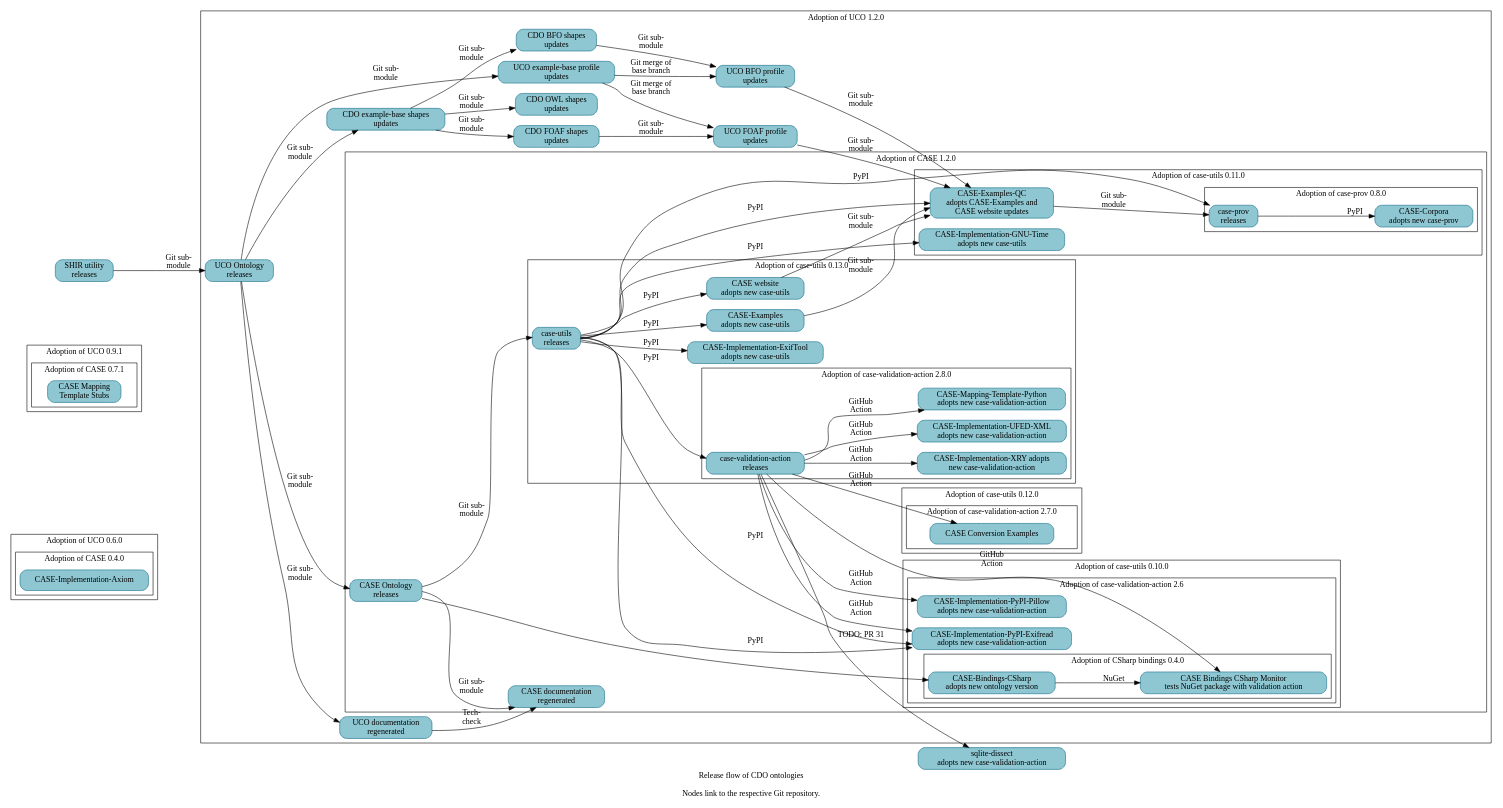
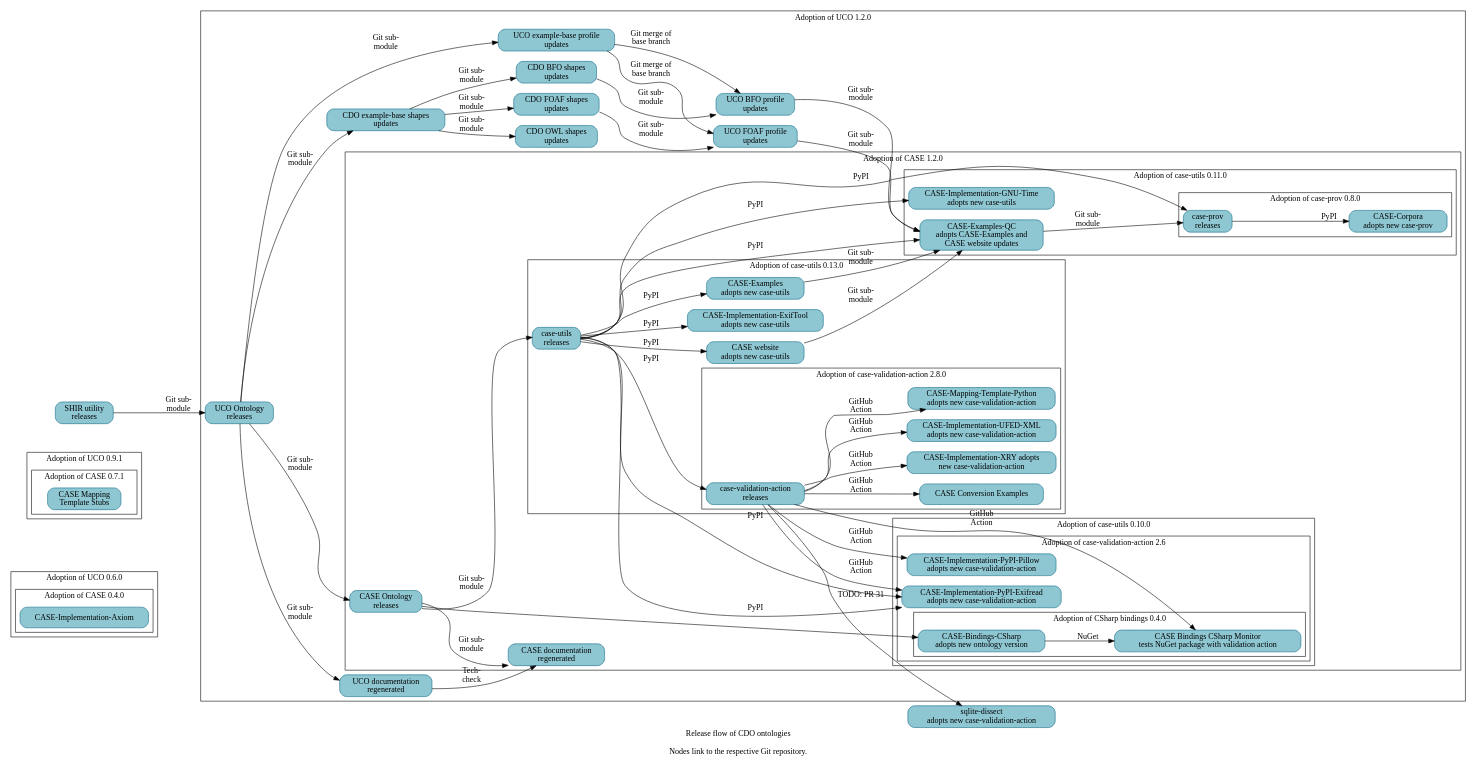
The diagram in resources/project_release_flow.dot (Cyber-Domain-Ontology/cdo.github.io), drawn with Graphviz before and after one commit.

Commit message:
Bump adoption of case-validation-action
A follow-on patch will regenerate Make-managed files.

```diff
--- a/resources/project_release_flow.dot
+++ b/resources/project_release_flow.dot
@@ -1,153 +1,143 @@
 digraph "cdo_release_flow" {
   label = "Release flow of CDO ontologies\n\nNodes link to the respective Git repository." ;
   rankdir = "LR" ;
   node [shape="rectangle" style="filled,rounded" fillcolor="#8EC7D2" color="#0D6986"] ;
 
   // Define nodes in their corresponding progress subgraph.
 
   subgraph cluster_uco_0_6_0 {
     label = "Adoption of UCO 0.6.0" ;
 
     subgraph cluster_case_0_4_0 {
       label = "Adoption of CASE 0.4.0" ;
       _GH__CASEWORK__CASE_IMPLEMENTATION_AXIOM [URL="https://github.com/casework/CASE-Implementation-Axiom" label="CASE-Implementation-Axiom"] ;
     }
   }
 
   subgraph cluster_uco_0_9_1 {
     label = "Adoption of UCO 0.9.1" ;
 
     subgraph cluster_case_0_7_1 {
       label = "Adoption of CASE 0.7.1" ;
       _GH__CASEWORK__CASE_MAPPING_TEMPLATE_STUBS [URL="https://github.com/casework/CASE-Mapping-Template-Stubs" label="CASE Mapping\nTemplate Stubs"] ;
     }
   }
 
   subgraph cluster_uco_1_2_0 {
     label = "Adoption of UCO 1.2.0" ;
 
     _GH__CYBER_DOMAIN_ONTOLOGY__CDO_SHAPES_BFO [URL="https://github.com/Cyber-Domain-Ontology/CDO-Shapes-BFO" label="CDO BFO shapes\nupdates"] ;
     _GH__CYBER_DOMAIN_ONTOLOGY__CDO_SHAPES_EXAMPLE [URL="https://github.com/Cyber-Domain-Ontology/CDO-Shapes-Example" label="CDO example-base shapes\nupdates"] ;
     _GH__CYBER_DOMAIN_ONTOLOGY__CDO_SHAPES_FOAF [URL="https://github.com/Cyber-Domain-Ontology/CDO-Shapes-FOAF" label="CDO FOAF shapes\nupdates"] ;
     _GH__CYBER_DOMAIN_ONTOLOGY__CDO_SHAPES_OWL [URL="https://github.com/Cyber-Domain-Ontology/CDO-Shapes-OWL" label="CDO OWL shapes\nupdates"] ;
     _GH__UCOPROJECT__ONTOLOGY_UNIFIEDCYBERONTOLOGY_ORG [URL="https://github.com/ucoProject/ontology.unifiedcyberontology.org" label="UCO documentation\nregenerated"] ;
     _GH__UCOPROJECT__UCO [URL="https://github.com/ucoProject/UCO" label="UCO Ontology\nreleases"] ;
     _GH__UCOPROJECT__UCO_PROFILE_BFO [URL="https://github.com/ucoProject/UCO-Profile-BFO" label="UCO BFO profile\nupdates"] ;
     _GH__UCOPROJECT__UCO_PROFILE_EXAMPLE [URL="https://github.com/ucoProject/UCO-Profile-Example" label="UCO example-base profile\nupdates"] ;
     _GH__UCOPROJECT__UCO_PROFILE_FOAF [URL="https://github.com/ucoProject/UCO-Profile-FOAF" label="UCO FOAF profile\nupdates"] ;
 
     subgraph cluster_case_1_2_0 {
       label = "Adoption of CASE 1.2.0" ;
 
       _GH__CASEWORK__CASE [URL="https://github.com/casework/CASE" label="CASE Ontology\nreleases"] ;
       _GH__CASEWORK__ONTOLOGY_CASEONTOLOGY_ORG [URL="https://github.com/casework/ontology.caseontology.org" label="CASE documentation\nregenerated"] ;
 
       subgraph cluster_case_utils_0_10_0 {
         label = "Adoption of case-utils 0.10.0" ;
 
         subgraph cluster_case_validation_action_2_6 {
           label = "Adoption of case-validation-action 2.6" ;
 
           _GH__CASEWORK__CASE_IMPLEMENTATON_PYPI_EXIFREAD [URL="https://github.com/casework/CASE-Implementation-PyPI-Exifread" label="CASE-Implementation-PyPI-Exifread\nadopts new case-validation-action"] ;
           _GH__CASEWORK__CASE_IMPLEMENTATON_PYPI_PILLOW [URL="https://github.com/casework/CASE-Implementation-PyPI-Pillow" label="CASE-Implementation-PyPI-Pillow\nadopts new case-validation-action"] ;
 
           subgraph cluster_case_bindings_csharp_0_4_0 {
             label = "Adoption of CSharp bindings 0.4.0" ;
 
             _GH__CASEWORK__CASE_BINDINGS_CSHARP_MONITOR [URL="https://github.com/casework/CASE-Bindings-CSharp-Monitor" label="CASE Bindings CSharp Monitor\ntests NuGet package with validation action"] ;
             _GH__CIPHERTECHSOLUTIONS__CASE_BINDINGS_CSHARP [URL="https://github.com/ciphertechsolutions/CASE-Bindings-CSharp" label="CASE-Bindings-CSharp\nadopts new ontology version"] ;
           }
         }
       }
 
       subgraph cluster_case_utils_0_11_0 {
         label = "Adoption of case-utils 0.11.0" ;
 
         _GH__AJNELSON_NIST__CASE_EXAMPLES_QC [URL="https://github.com/ajnelson-nist/CASE-Examples-QC" label="CASE-Examples-QC\nadopts CASE-Examples and\nCASE website updates"] ;
         _GH__CASEWORK__CASE_IMPLEMENTATON_GNU_TIME [URL="https://github.com/casework/CASE-Implementation-GNU-Time" label="CASE-Implementation-GNU-Time\nadopts new case-utils"] ;
 
         subgraph cluster_case_prov_0_8_0 {
           label = "Adoption of case-prov 0.8.0" ;
 
           _GH__CASEWORK__CASE_CORPORA [URL="https://github.com/casework/CASE-Corpora" label="CASE-Corpora\nadopts new case-prov"] ;
           _GH__CASEWORK__CASE_IMPLEMENTATON_PROV_O [URL="https://github.com/casework/CASE-Implementation-PROV-O" label="case-prov\nreleases"] ;
         }
       }
 
-      subgraph cluster_case_utils_0_12_0 {
-        label = "Adoption of case-utils 0.12.0" ;
-
-        subgraph cluster_case_validation_action_2_7_0 {
-          label = "Adoption of case-validation-action 2.7.0" ;
-
-          _GH__CASEWORK__CASE_EXAMPLES_CONVERSION [URL="https://github.com/casework/CASE-Examples-Conversion" label="CASE Conversion Examples"] ;
-        }
-
-      }
-
       subgraph cluster_case_utils_0_13_0 {
         label = "Adoption of case-utils 0.13.0" ;
 
         _GH__CASEWORK__CASE_EXAMPLES [URL="https://github.com/casework/CASE-Examples" label="CASE-Examples\nadopts new case-utils"] ;
         _GH__CASEWORK__CASE_IMPLEMENTATON_EXIFTOOL [URL="https://github.com/casework/CASE-Implementation-ExifTool" label="CASE-Implementation-ExifTool\nadopts new case-utils"] ;
         _GH__CASEWORK__CASE_UTILITIES_PYTHON [URL="https://github.com/casework/CASE-Utilities-Python" label="case-utils\nreleases"] ;
         _GH__CASEWORK__CASEWORK_GITHUB_IO [URL="https://github.com/casework/casework.github.io" label="CASE website\nadopts new case-utils"] ;
 
         subgraph cluster_case_validation_action_2_8_0 {
           label = "Adoption of case-validation-action 2.8.0" ;
 
           _GH__KCHASON__CASE_VALIDATION_ACTION [URL="https://github.com/kchason/case-validation-action" label="case-validation-action\nreleases"] ;
+          _GH__CASEWORK__CASE_EXAMPLES_CONVERSION [URL="https://github.com/casework/CASE-Examples-Conversion" label="CASE Conversion Examples"] ;
           _GH__CASEWORK__CASE_IMPLEMENTATON_XRY [URL="https://github.com/casework/CASE-Implementation-XRY" label="CASE-Implementation-XRY adopts\nnew case-validation-action"] ;
           _GH__CASEWORK__CASE_IMPLEMENTATON_UFED_XML [URL="https://github.com/casework/CASE-Implementation-UFED-XML" label="CASE-Implementation-UFED-XML\nadopts new case-validation-action"] ;
           _GH__CASEWORK__CASE_MAPPING_TEMPLATE_PYTHON [URL="https://github.com/casework/CASE-Mapping-Template-Python" label="CASE-Mapping-Template-Python\nadopts new case-validation-action"] ;
         }
       }
     }
   }
 
   _GH__CASEWORK__CASE_UTILITY_SHACL_INHERITANCE_REVIEWER [URL="https://github.com/casework/CASE-Utility-SHACL-Inheritance-Reviewer" label="SHIR utility\nreleases"] ;
   _GH__DOD_CYBER_CRIME_CENTER__SQLITE_DISSECT [URL="https://github.com/dod-cyber-crime-center/sqlite-dissect" label="sqlite-dissect\nadopts new case-validation-action"] ;
 
   // Begin edges
 
   _GH__AJNELSON_NIST__CASE_EXAMPLES_QC -> _GH__CASEWORK__CASE_IMPLEMENTATON_PROV_O [label="Git sub-\nmodule"] ;
   _GH__CASEWORK__CASE -> _GH__CASEWORK__CASE_UTILITIES_PYTHON [label="Git sub-\nmodule"] ;
   _GH__CASEWORK__CASE -> _GH__CIPHERTECHSOLUTIONS__CASE_BINDINGS_CSHARP ;
   _GH__CASEWORK__CASE -> _GH__CASEWORK__ONTOLOGY_CASEONTOLOGY_ORG [label="Git sub-\nmodule"] ; 
   _GH__CASEWORK__CASE_EXAMPLES -> _GH__AJNELSON_NIST__CASE_EXAMPLES_QC [label="Git sub-\nmodule"] ;
   _GH__CASEWORK__CASE_IMPLEMENTATON_PROV_O -> _GH__CASEWORK__CASE_CORPORA [label="PyPI"] ;
   _GH__CASEWORK__CASE_UTILITIES_PYTHON -> _GH__AJNELSON_NIST__CASE_EXAMPLES_QC [label="PyPI"] ;
   _GH__CASEWORK__CASE_UTILITIES_PYTHON -> _GH__CASEWORK__CASE_EXAMPLES [label="PyPI"] ;
   _GH__CASEWORK__CASE_UTILITIES_PYTHON -> _GH__CASEWORK__CASE_IMPLEMENTATON_EXIFTOOL [label="PyPI"] ;
   _GH__CASEWORK__CASE_UTILITIES_PYTHON -> _GH__CASEWORK__CASE_IMPLEMENTATON_GNU_TIME [label="PyPI"] ;
   _GH__CASEWORK__CASE_UTILITIES_PYTHON -> _GH__CASEWORK__CASE_IMPLEMENTATON_PROV_O [label="PyPI"] ;
   _GH__CASEWORK__CASE_UTILITIES_PYTHON -> _GH__CASEWORK__CASE_IMPLEMENTATON_PYPI_EXIFREAD [label="PyPI"] ;
   _GH__CASEWORK__CASE_UTILITIES_PYTHON -> _GH__KCHASON__CASE_VALIDATION_ACTION [label="PyPI"] ;
   _GH__CASEWORK__CASE_UTILITIES_PYTHON -> _GH__CASEWORK__CASEWORK_GITHUB_IO [label="PyPI"] ;
   _GH__CASEWORK__CASE_UTILITY_SHACL_INHERITANCE_REVIEWER -> _GH__UCOPROJECT__UCO [label="Git sub-\nmodule"] ;
   _GH__CASEWORK__CASEWORK_GITHUB_IO -> _GH__AJNELSON_NIST__CASE_EXAMPLES_QC [label="Git sub-\nmodule"] ;
   _GH__CIPHERTECHSOLUTIONS__CASE_BINDINGS_CSHARP -> _GH__CASEWORK__CASE_BINDINGS_CSHARP_MONITOR [label="NuGet"] ;
   _GH__CYBER_DOMAIN_ONTOLOGY__CDO_SHAPES_BFO -> _GH__UCOPROJECT__UCO_PROFILE_BFO [label="Git sub-\nmodule"] ;
   _GH__CYBER_DOMAIN_ONTOLOGY__CDO_SHAPES_EXAMPLE -> _GH__CYBER_DOMAIN_ONTOLOGY__CDO_SHAPES_BFO [label="Git sub-\nmodule"] ;
   _GH__CYBER_DOMAIN_ONTOLOGY__CDO_SHAPES_EXAMPLE -> _GH__CYBER_DOMAIN_ONTOLOGY__CDO_SHAPES_FOAF [label="Git sub-\nmodule"] ;
   _GH__CYBER_DOMAIN_ONTOLOGY__CDO_SHAPES_EXAMPLE -> _GH__CYBER_DOMAIN_ONTOLOGY__CDO_SHAPES_OWL [label="Git sub-\nmodule"] ;
   _GH__CYBER_DOMAIN_ONTOLOGY__CDO_SHAPES_FOAF -> _GH__UCOPROJECT__UCO_PROFILE_FOAF [label="Git sub-\nmodule"] ;
   _GH__KCHASON__CASE_VALIDATION_ACTION -> _GH__CASEWORK__CASE_BINDINGS_CSHARP_MONITOR [label="GitHub\nAction"] ;
   _GH__KCHASON__CASE_VALIDATION_ACTION -> _GH__CASEWORK__CASE_EXAMPLES_CONVERSION [label="GitHub\nAction"];
   _GH__CASEWORK__CASE_UTILITIES_PYTHON -> _GH__CASEWORK__CASE_IMPLEMENTATON_PYPI_EXIFREAD [label="PyPI"] ;
   _GH__KCHASON__CASE_VALIDATION_ACTION -> _GH__CASEWORK__CASE_IMPLEMENTATON_PYPI_EXIFREAD [label="GitHub\nAction"] ;
   _GH__KCHASON__CASE_VALIDATION_ACTION -> _GH__CASEWORK__CASE_IMPLEMENTATON_PYPI_PILLOW [label="GitHub\nAction"] ;
   _GH__KCHASON__CASE_VALIDATION_ACTION -> _GH__CASEWORK__CASE_IMPLEMENTATON_UFED_XML [label="GitHub\nAction"] ;
   _GH__KCHASON__CASE_VALIDATION_ACTION -> _GH__CASEWORK__CASE_IMPLEMENTATON_XRY [label="GitHub\nAction"] ;
   _GH__KCHASON__CASE_VALIDATION_ACTION -> _GH__CASEWORK__CASE_MAPPING_TEMPLATE_PYTHON [label="GitHub\nAction"] ;
   _GH__KCHASON__CASE_VALIDATION_ACTION -> _GH__DOD_CYBER_CRIME_CENTER__SQLITE_DISSECT [URL="https://github.com/dod-cyber-crime-center/sqlite-dissect/pull/31" label="TODO: PR 31"] ;
   _GH__UCOPROJECT__ONTOLOGY_UNIFIEDCYBERONTOLOGY_ORG -> _GH__CASEWORK__ONTOLOGY_CASEONTOLOGY_ORG [label="Tech-\ncheck"];
   _GH__UCOPROJECT__UCO -> _GH__CASEWORK__CASE [label="Git sub-\nmodule"] ;
   _GH__UCOPROJECT__UCO -> _GH__CYBER_DOMAIN_ONTOLOGY__CDO_SHAPES_EXAMPLE [label="Git sub-\nmodule"] ;
   _GH__UCOPROJECT__UCO -> _GH__UCOPROJECT__ONTOLOGY_UNIFIEDCYBERONTOLOGY_ORG [label="Git sub-\nmodule"] ;
   _GH__UCOPROJECT__UCO -> _GH__UCOPROJECT__UCO_PROFILE_EXAMPLE [label="Git sub-\nmodule"] ;
   _GH__UCOPROJECT__UCO_PROFILE_BFO -> _GH__AJNELSON_NIST__CASE_EXAMPLES_QC [label="Git sub-\nmodule"] ;
   _GH__UCOPROJECT__UCO_PROFILE_EXAMPLE -> _GH__UCOPROJECT__UCO_PROFILE_BFO [label="Git merge of\nbase branch"] ;
   _GH__UCOPROJECT__UCO_PROFILE_EXAMPLE -> _GH__UCOPROJECT__UCO_PROFILE_FOAF [label="Git merge of\nbase branch"] ;
   _GH__UCOPROJECT__UCO_PROFILE_FOAF -> _GH__AJNELSON_NIST__CASE_EXAMPLES_QC [label="Git sub-\nmodule"] ;
 }
```
